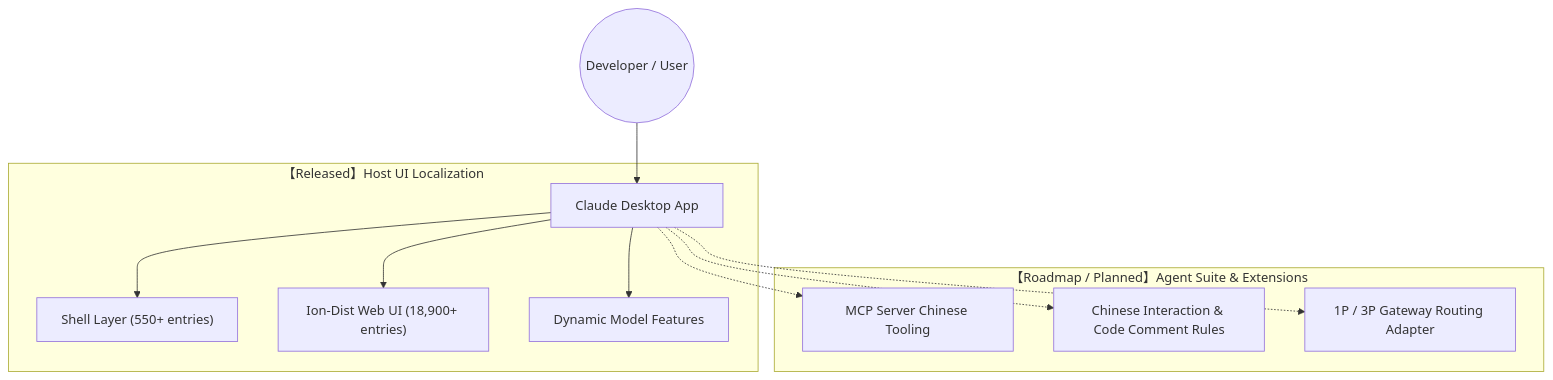
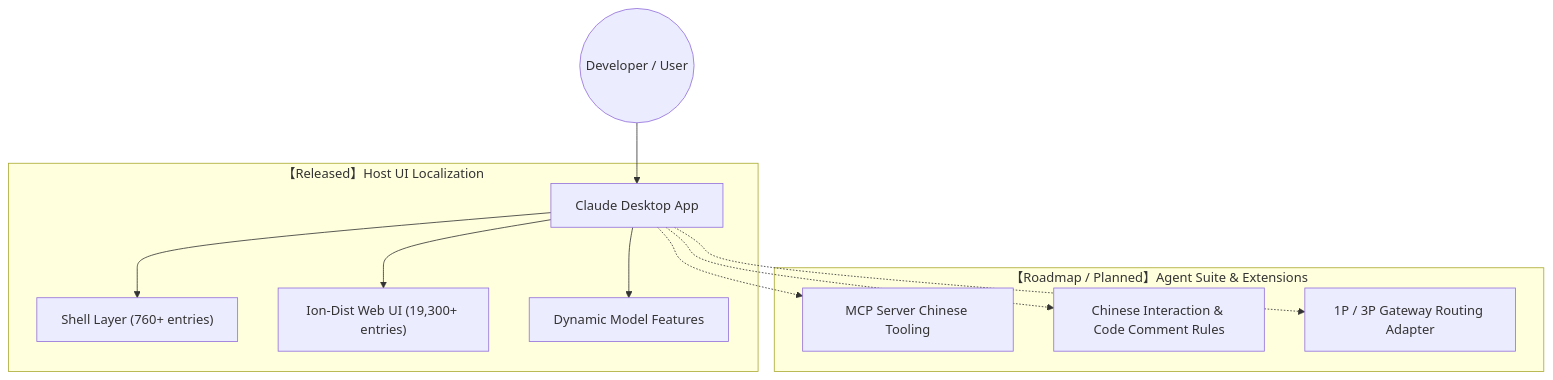
Before and after one commit to yiheng8023/claude-chinese: the diagram in README.en.md, drawn with Mermaid. The commit also changed other lines of this file and 1 other file, not shown here.

````diff
--- a/README.en.md
+++ b/README.en.md
@@ -39,16 +36,16 @@
 ```mermaid
 graph TD
     User((Developer / User)) --> ClaudeApp[Claude Desktop App]
     
     subgraph Mode1 ["【Released】Host UI Localization"]
-        ClaudeApp --> ShellLayer["Shell Layer (550+ entries)"]
-        ClaudeApp --> WebUILayer["Ion-Dist Web UI (18,900+ entries)"]
+        ClaudeApp --> ShellLayer["Shell Layer (760+ entries)"]
+        ClaudeApp --> WebUILayer["Ion-Dist Web UI (19,300+ entries)"]
         ClaudeApp --> DynamicLayer["Dynamic Model Features"]
     end
     
     subgraph Mode2 ["【Roadmap / Planned】Agent Suite & Extensions"]
         ClaudeApp -.-> MCP["MCP Server Chinese Tooling"]
         ClaudeApp -.-> Rules["Chinese Interaction & Code Comment Rules"]
         ClaudeApp -.-> Switcher["1P / 3P Gateway Routing Adapter"]
     end
 ```
````
